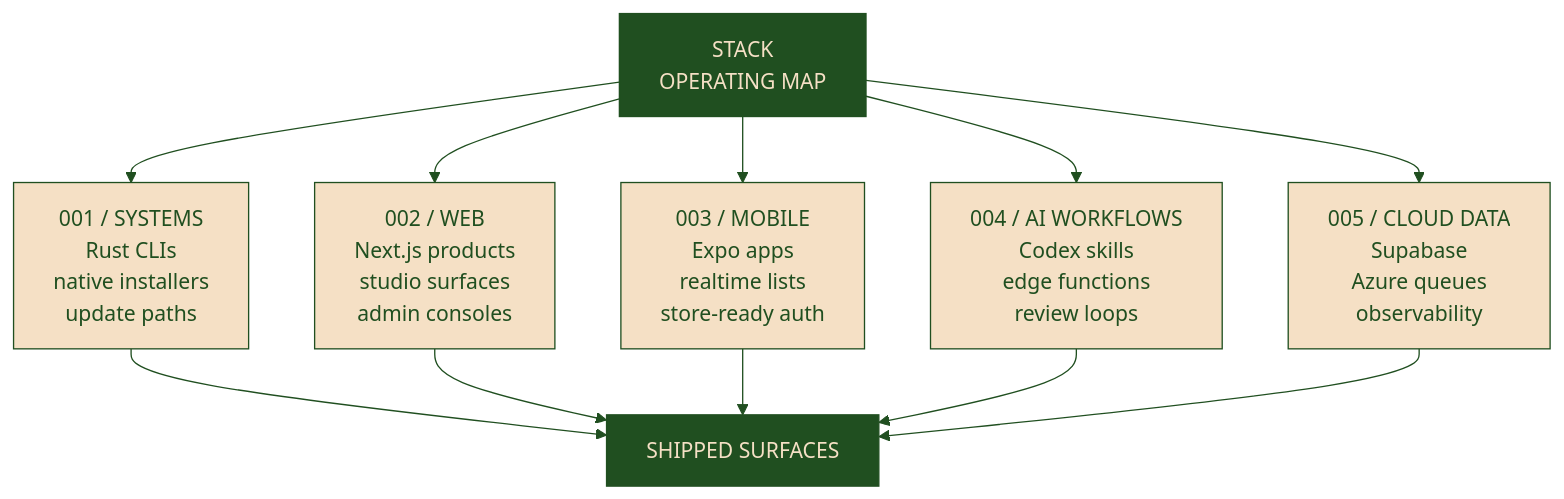
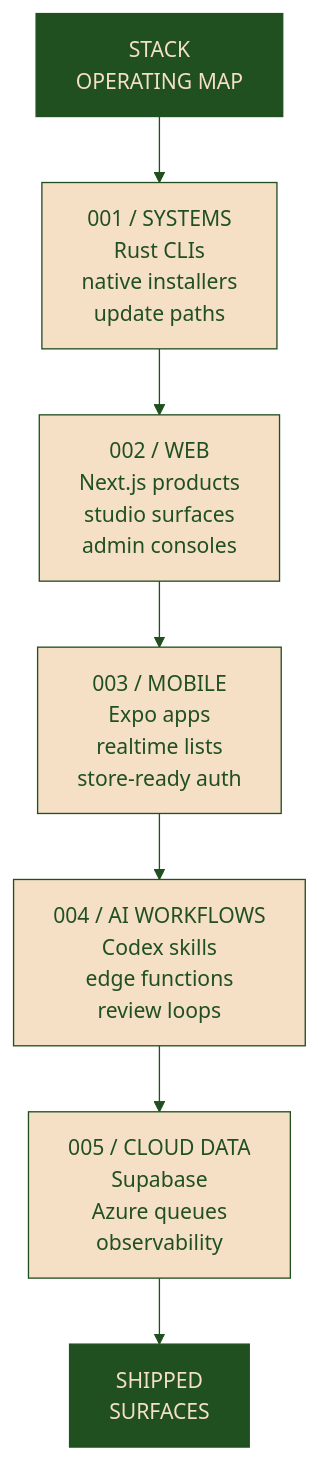
The diagram in README.md (RealEmmettS/RealEmmettS), drawn with Mermaid before and after one commit. The commit also changed 1 other file, not shown here.

Commit message:
Make stack diagram vertical

````diff
--- a/README.md
+++ b/README.md
@@ -168,24 +168,19 @@
 ```mermaid
-%%{init: {"theme": "base", "themeVariables": {"background": "#F5E0C5", "primaryColor": "#F5E0C5", "primaryTextColor": "#204F20", "primaryBorderColor": "#204F20", "lineColor": "#204F20", "secondaryColor": "#F5E0C5", "tertiaryColor": "#F5E0C5", "edgeLabelBackground": "#F5E0C5", "clusterBkg": "#F5E0C5", "clusterBorder": "#204F20", "fontFamily": "ui-monospace, SFMono-Regular, SF Mono, Consolas, Liberation Mono, Menlo, monospace"}}}%%
+%%{init: {"theme": "base", "flowchart": {"curve": "linear"}, "themeVariables": {"background": "#F5E0C5", "primaryColor": "#F5E0C5", "primaryTextColor": "#204F20", "primaryBorderColor": "#204F20", "lineColor": "#204F20", "secondaryColor": "#F5E0C5", "tertiaryColor": "#F5E0C5", "edgeLabelBackground": "#F5E0C5", "clusterBkg": "#F5E0C5", "clusterBorder": "#204F20", "fontFamily": "ui-monospace, SFMono-Regular, SF Mono, Consolas, Liberation Mono, Menlo, monospace"}}}%%
 flowchart TB
   ROOT["STACK<br/>OPERATING MAP"]
 
   ROOT --> S["001 / SYSTEMS<br/>Rust CLIs<br/>native installers<br/>update paths"]
-  ROOT --> W["002 / WEB<br/>Next.js products<br/>studio surfaces<br/>admin consoles"]
-  ROOT --> M["003 / MOBILE<br/>Expo apps<br/>realtime lists<br/>store-ready auth"]
-  ROOT --> A["004 / AI WORKFLOWS<br/>Codex skills<br/>edge functions<br/>review loops"]
-  ROOT --> C["005 / CLOUD DATA<br/>Supabase<br/>Azure queues<br/>observability"]
-
-  S --> O["SHIPPED SURFACES"]
-  W --> O
-  M --> O
-  A --> O
-  C --> O
+  S --> W["002 / WEB<br/>Next.js products<br/>studio surfaces<br/>admin consoles"]
+  W --> M["003 / MOBILE<br/>Expo apps<br/>realtime lists<br/>store-ready auth"]
+  M --> A["004 / AI WORKFLOWS<br/>Codex skills<br/>edge functions<br/>review loops"]
+  A --> C["005 / CLOUD DATA<br/>Supabase<br/>Azure queues<br/>observability"]
+  C --> O["SHIPPED<br/>SURFACES"]
 
   classDef root fill:#204F20,stroke:#204F20,color:#F5E0C5;
   classDef lane fill:#F5E0C5,stroke:#204F20,color:#204F20;
   classDef output fill:#204F20,stroke:#204F20,color:#F5E0C5;
   class ROOT root;
   class S,W,M,A,C lane;
   class O output;
 ```
````
